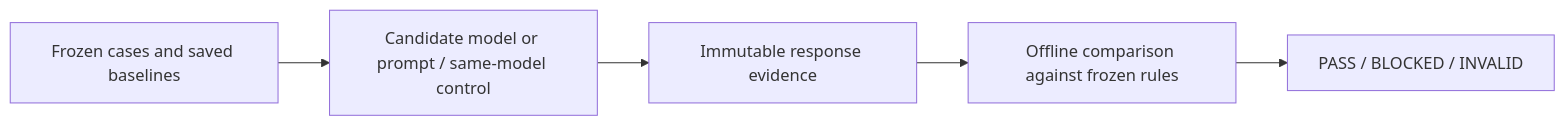
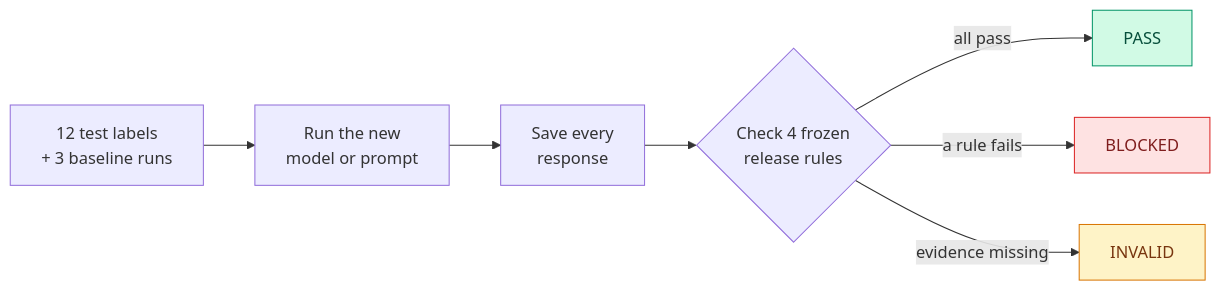
The first of 2 diagrams in README.md (shaikh-muhammad/ai-model-migration-gate), drawn with Mermaid before and after one commit. The commit also changed other lines of this file and 2 other files, not shown here.

Commit message:
Polish README: clearer results table, colored diagram, results chart

````diff
--- a/README.md
+++ b/README.md
@@ -5,7 +7,15 @@
 ```mermaid
 flowchart LR
-    A["Frozen cases and saved baselines"] --> B["Candidate model or prompt / same-model control"]
-    B --> C["Immutable response evidence"]
-    C --> D["Offline comparison against frozen rules"]
-    D --> E["PASS / BLOCKED / INVALID"]
+    A["12 test labels<br/>+ 3 baseline runs"] --> B["Run the new<br/>model or prompt"]
+    B --> C["Save every<br/>response"]
+    C --> D{"Check 4 frozen<br/>release rules"}
+    D -->|"all pass"| E["PASS"]
+    D -->|"a rule fails"| F["BLOCKED"]
+    D -->|"evidence missing"| G["INVALID"]
+    classDef pass fill:#d1fae5,stroke:#059669,color:#064e3b
+    classDef block fill:#fee2e2,stroke:#dc2626,color:#7f1d1d
+    classDef invalid fill:#fef3c7,stroke:#d97706,color:#78350f
+    class E pass
+    class F block
+    class G invalid
 ```
````
